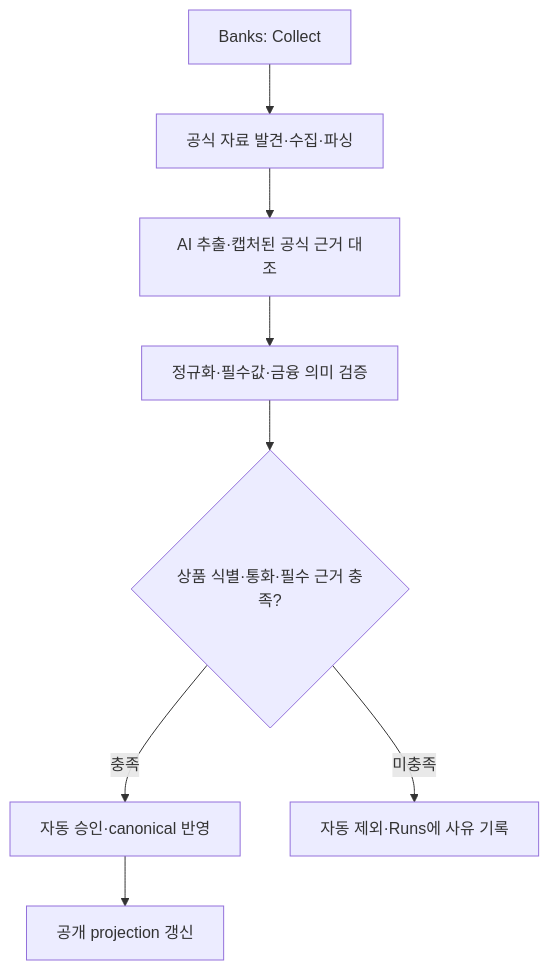
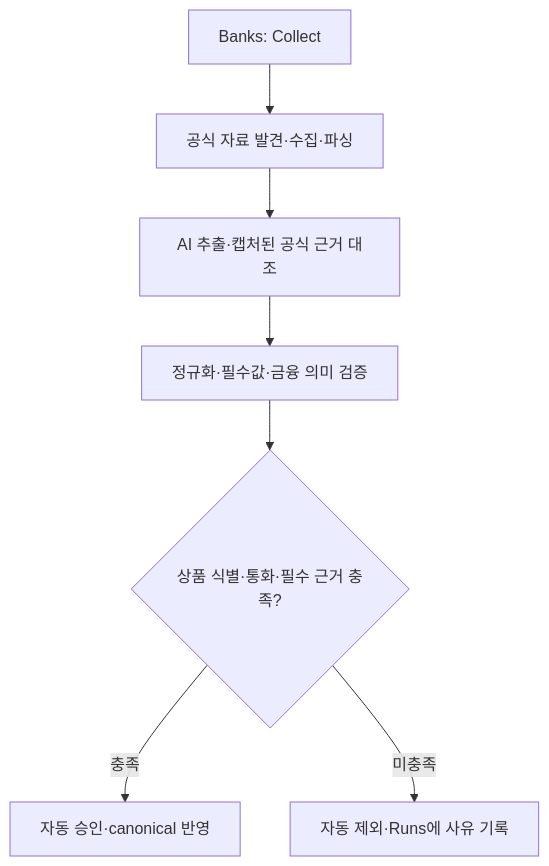
Before and after one commit to keunyop/FPDS: the diagram in descent/FPDS_Admin_사용자_매뉴얼.md, drawn with Mermaid. The commit also changed other lines of this file and 399 other files, not shown here.

````diff
--- a/descent/FPDS_Admin_사용자_매뉴얼.md
+++ b/descent/FPDS_Admin_사용자_매뉴얼.md
@@ -110,10 +109,9 @@
 ```mermaid
 flowchart TD
     A["Banks: Collect"] --> B["공식 자료 발견·수집·파싱"]
     B --> C["AI 추출·캡처된 공식 근거 대조"]
     C --> D["정규화·필수값·금융 의미 검증"]
     D --> E{"상품 식별·통화·필수 근거 충족?"}
     E -->|충족| F["자동 승인·canonical 반영"]
-    F --> G["공개 projection 갱신"]
     E -->|미충족| H["자동 제외·Runs에 사유 기록"]
 ```
````
